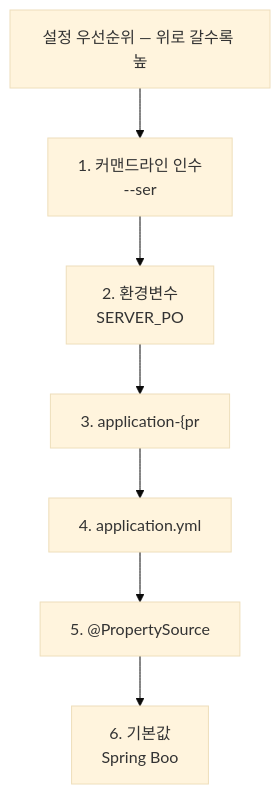
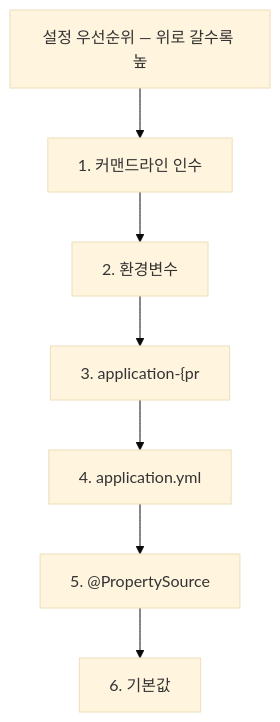
One commit to yjkim2015/yjkim2015.github.io changed the fourth of 7 diagrams in _posts/spring/2026-05-02-spring-boot-autoconfigure.md. Above: the diagram before and after it, drawn with Mermaid (base theme). The commit also changed other lines of this file and 217 other files, not shown here.

First line of the commit message:
Mermaid 크기 수정: useMaxWidth:true + SVG max-width:100% + 라벨 축소

````diff
--- a/_posts/spring/2026-05-02-spring-boot-autoconfigure.md
+++ b/_posts/spring/2026-05-02-spring-boot-autoconfigure.md
@@ -292,9 +292,9 @@
 ```mermaid
 graph TD
-    A["설정 우선순위 — 위로 갈수록 높"] --> B["1. 커맨드라인 인수\n--ser"]
-    B --> C["2. 환경변수\nSERVER_PO"]
+    A["설정 우선순위 — 위로 갈수록 높"] --> B["1. 커맨드라인 인수"]
+    B --> C["2. 환경변수"]
     C --> D["3. application-{pr"]
     D --> E["4. application.yml"]
     E --> F["5. @PropertySource"]
-    F --> G["6. 기본값\nSpring Boo"]
+    F --> G["6. 기본값"]
 ```
````
